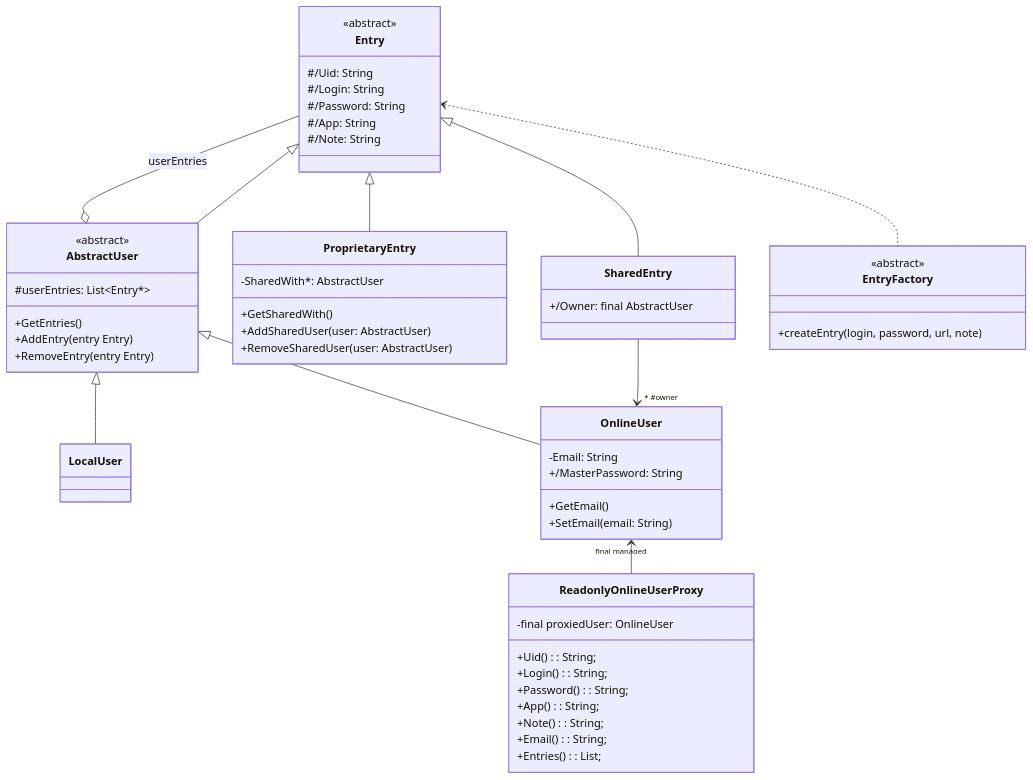
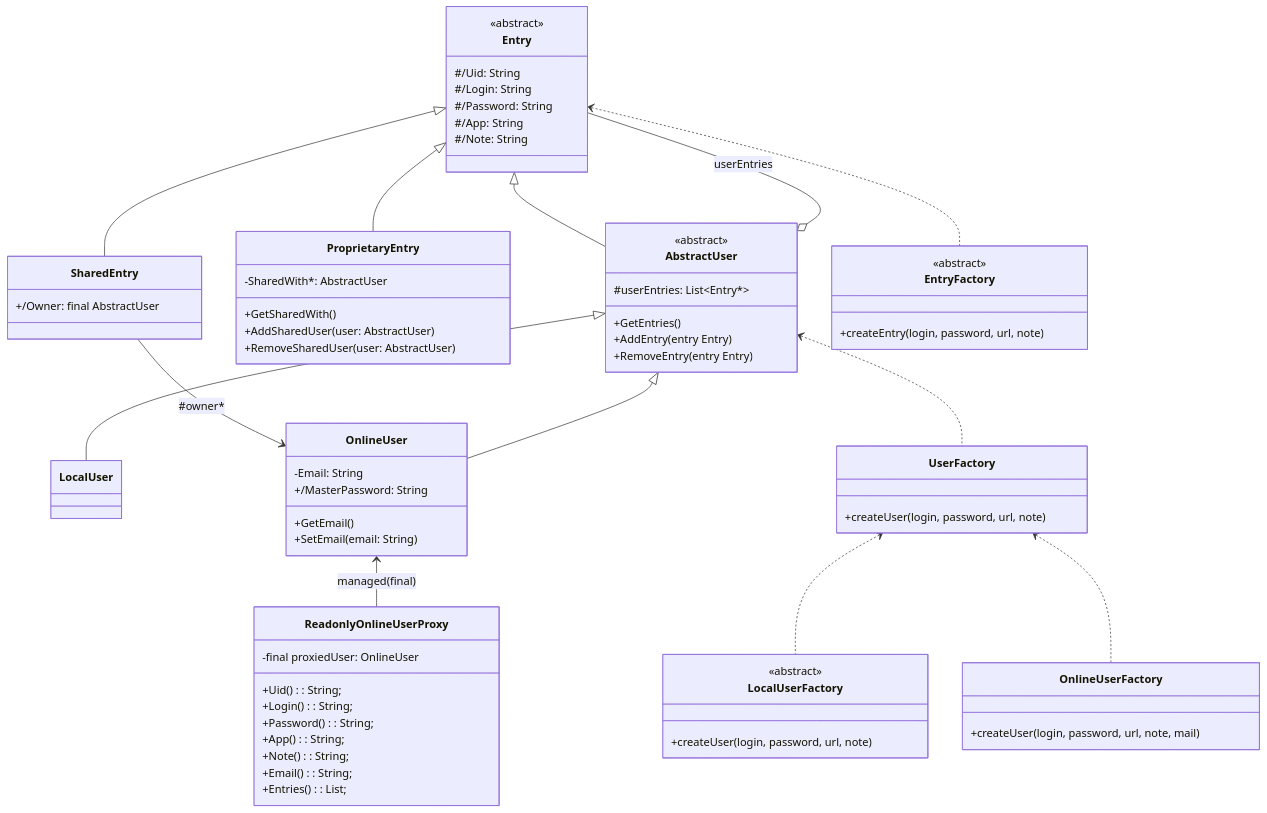
The first of 3 diagrams in Documentation/conception/Initial design/Class/v3.mermaid.md (EllLG1211/Rossignol), drawn with Mermaid before and after one commit. The commit also changed other lines of this file, not shown here.

Commit message:
added factories

````diff
--- a/Documentation/conception/Initial design/Class/v3.mermaid.md
+++ b/Documentation/conception/Initial design/Class/v3.mermaid.md
@@ -1,68 +1,82 @@
 ```mermaid
 classDiagram
 class Entry{
     <<abstract>>
     #/Uid: String
     #/Login: String
     #/Password: String
     #/App: String
     #/Note: String
 }
 class AbstractUser{
     <<abstract>>
     #userEntries: List~Entry*~
     +GetEntries()
     +AddEntry(entry Entry)
     +RemoveEntry(entry Entry)
 }
 AbstractUser o-- Entry : userEntries
 class LocalUser
 class OnlineUser{
     -Email: String
     +/MasterPassword: String
 
     +GetEmail()
     +SetEmail(email: String)
 }
 
 class ProprietaryEntry{
     -SharedWith*: AbstractUser
 
     +GetSharedWith()
     +AddSharedUser(user: AbstractUser)
     +RemoveSharedUser(user: AbstractUser)
 }
 Entry <|-- ProprietaryEntry
 
 class SharedEntry{
     +/Owner: final AbstractUser
 }
 
-SharedEntry --> "* #owner" OnlineUser
+SharedEntry --> OnlineUser : #owner*
 Entry <|-- SharedEntry
 
 %%classes that use ProprietaryEntry
 Entry <|-- AbstractUser
 AbstractUser <|-- LocalUser
 AbstractUser <|-- OnlineUser
 
 class ReadonlyOnlineUserProxy{
     -final proxiedUser: OnlineUser
 
     +Uid(): String;
     +Login(): String;
     +Password(): String;
     +App(): String;
     +Note(): String;
     +Email(): String;
     +Entries(): List<Entry>;
 }
 
-OnlineUser "final managed" <-- ReadonlyOnlineUserProxy
+OnlineUser <-- ReadonlyOnlineUserProxy : managed(final)
 
 class EntryFactory{
     <<abstract>>
     +createEntry(login, password, url, note)
 }
+
+class UserFactory{
+    +createUser(login, password, url, note)
+}
+class LocalUserFactory{
+    <<abstract>>
+    +createUser(login, password, url, note)
+}
+class OnlineUserFactory{
+    +createUser(login, password, url, note, mail)
+}
 Entry <.. EntryFactory
+AbstractUser <.. UserFactory
+UserFactory <.. LocalUserFactory
+UserFactory <.. OnlineUserFactory
 ```
````
